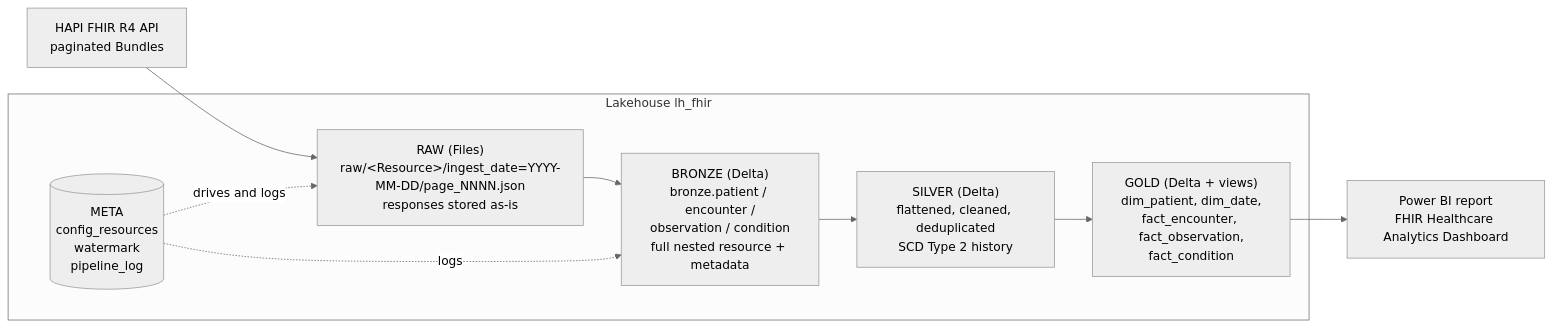
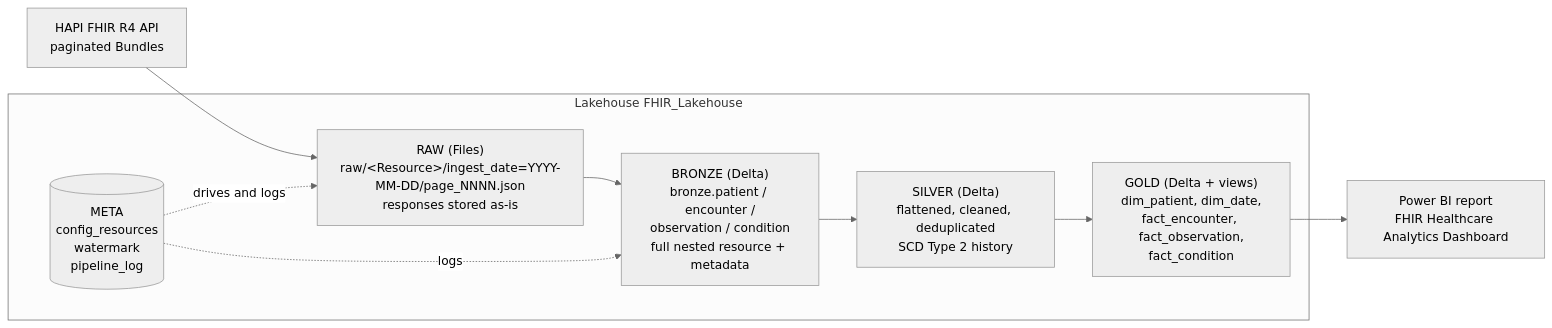
Before and after one commit to raju171812-art/fhir-medallion-lakehouse: the first of 2 diagrams in README.md, drawn with Mermaid (neutral theme). The commit also changed other lines of this file, not shown here.

Commit message:
Rename Lakehouse from lh_fhir to FHIR_Lakehouse
Updated Lakehouse name in the README and adjusted prerequisites section.

````diff
--- a/README.md
+++ b/README.md
@@ -11,15 +11,15 @@
 ```mermaid
 flowchart LR
     API[HAPI FHIR R4 API<br/>paginated Bundles] --> RAW
-    subgraph Lakehouse lh_fhir
+    subgraph Lakehouse FHIR_Lakehouse
         RAW["RAW (Files)<br/>raw/&lt;Resource&gt;/ingest_date=YYYY-MM-DD/page_NNNN.json<br/>responses stored as-is"]
         BRONZE["BRONZE (Delta)<br/>bronze.patient / encounter /<br/>observation / condition<br/>full nested resource + metadata"]
         SILVER["SILVER (Delta)<br/>flattened, cleaned, deduplicated<br/>SCD Type 2 history"]
         GOLD["GOLD (Delta + views)<br/>dim_patient, dim_date,<br/>fact_encounter, fact_observation,<br/>fact_condition"]
         META[("META<br/>config_resources<br/>watermark<br/>pipeline_log")]
     end
     RAW --> BRONZE --> SILVER --> GOLD
     META -. drives and logs .-> RAW
     META -. logs .-> BRONZE
     GOLD --> PBI[Power BI report<br/>FHIR Healthcare Analytics Dashboard]
 ```
````
